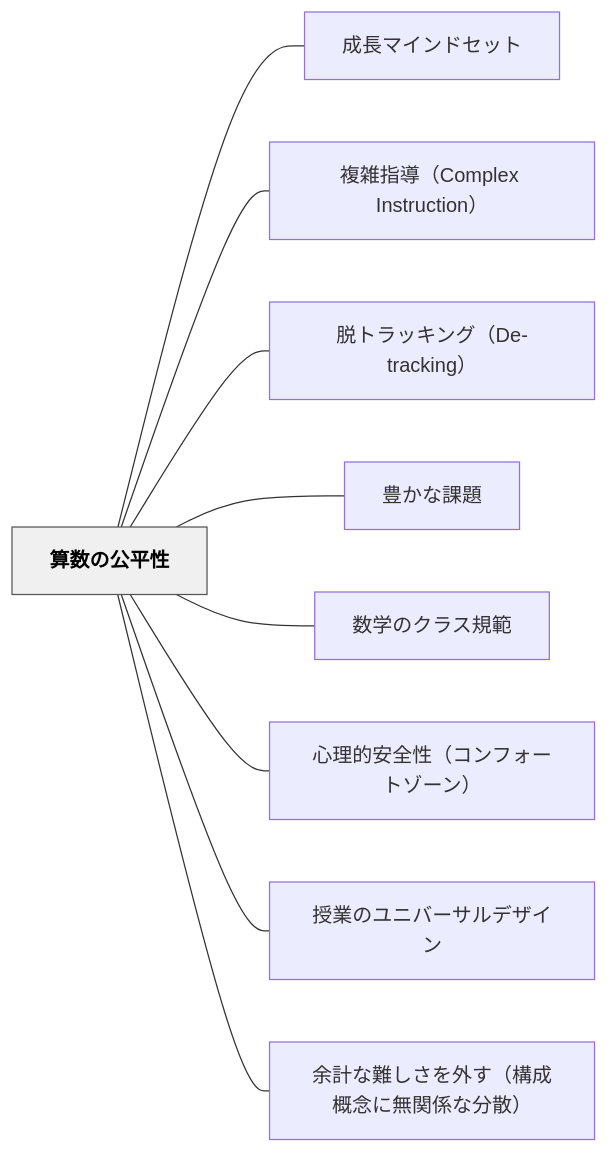
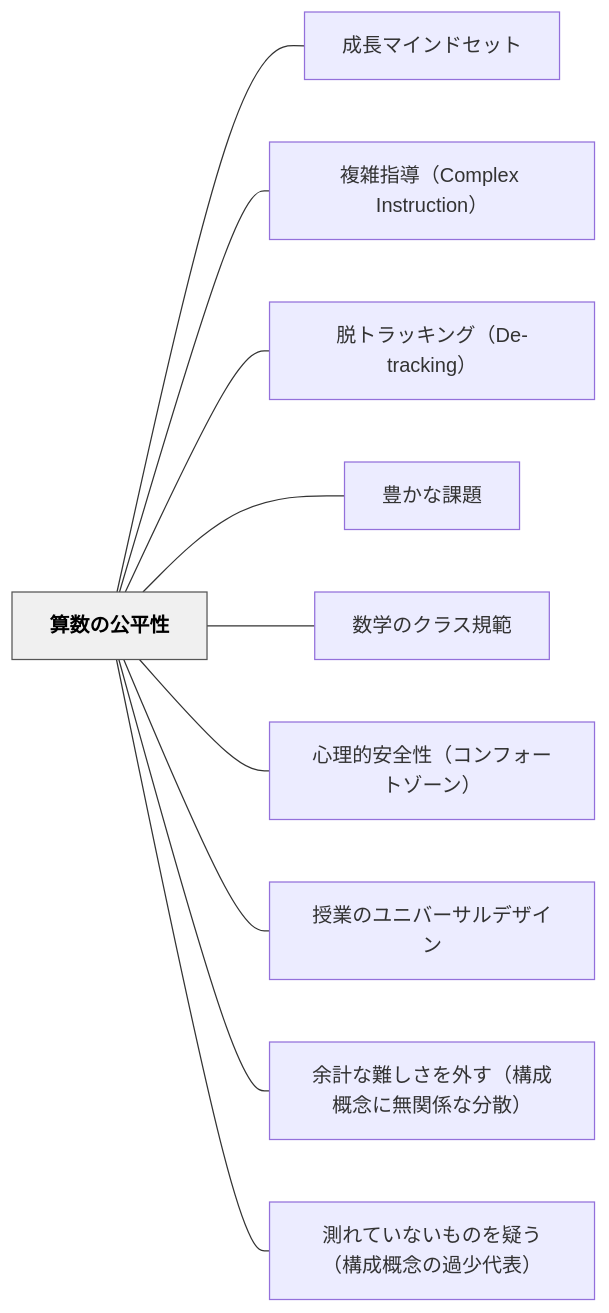
Before and after one commit to unknownthings-ed-patterns/unknownthings-ed-patterns: the diagram in content/パタン/算数の公平性.md, drawn with Mermaid. The commit also changed other lines of this file and 22 other files, not shown here.

````diff
--- a/content/パタン/算数の公平性.md
+++ b/content/パタン/算数の公平性.md
@@ -110,24 +111,26 @@
 ```mermaid
 flowchart LR
     ne7ae97e695b0e381aee585ace5b9b3e680a7["算数の公平性"]
     ne68890e995b7e3839ee382a4e383b3e38389e382bbe38383e38388["成長マインドセット"]
     ne8a487e99b91e68c87e5b08eefbc88436f6d706c657820496e737472756374696f6eefbc89["複雑指導（Complex Instruction）"]
     ne884b1e38388e383a9e38383e382ade383b3e382b0efbc8844652d747261636b696e67efbc89["脱トラッキング（De-tracking）"]
     ne8b18ae3818be381aae8aab2e9a18c["豊かな課題"]
     ne695b0e5ada6e381aee382afe383a9e382b9e8a68fe7af84["数学のクラス規範"]
     ne5bf83e79086e79a84e5ae89e585a8e680a7efbc88e382b3e383b3e38395e382a9e383bce38388e382bee383bce383b3efbc89["心理的安全性（コンフォートゾーン）"]
     ne68e88e6a5ade381aee383a6e3838be38390e383bce382b5e383abe38387e382b6e382a4e383b3["授業のユニバーサルデザイン"]
     ne4bd99e8a888e381aae99ba3e38197e38195e38292e5a496e38199efbc88e6a78be68890e6a682e5bfb5e381abe784a1e996a2e4bf82e381aae58886e695a3efbc89["余計な難しさを外す（構成概念に無関係な分散）"]
+    ne6b8ace3828ce381a6e38184e381aae38184e38282e381aee38292e79691e38186efbc88e6a78be68890e6a682e5bfb5e381aee9818ee5b091e4bba3e8a1a8efbc89["測れていないものを疑う（構成概念の過少代表）"]
 
     ne7ae97e695b0e381aee585ace5b9b3e680a7 --- ne68890e995b7e3839ee382a4e383b3e38389e382bbe38383e38388
     ne7ae97e695b0e381aee585ace5b9b3e680a7 --- ne8a487e99b91e68c87e5b08eefbc88436f6d706c657820496e737472756374696f6eefbc89
     ne7ae97e695b0e381aee585ace5b9b3e680a7 --- ne884b1e38388e383a9e38383e382ade383b3e382b0efbc8844652d747261636b696e67efbc89
     ne7ae97e695b0e381aee585ace5b9b3e680a7 --- ne8b18ae3818be381aae8aab2e9a18c
     ne7ae97e695b0e381aee585ace5b9b3e680a7 --- ne695b0e5ada6e381aee382afe383a9e382b9e8a68fe7af84
     ne7ae97e695b0e381aee585ace5b9b3e680a7 --- ne5bf83e79086e79a84e5ae89e585a8e680a7efbc88e382b3e383b3e38395e382a9e383bce38388e382bee383bce383b3efbc89
     ne7ae97e695b0e381aee585ace5b9b3e680a7 --- ne68e88e6a5ade381aee383a6e3838be38390e383bce382b5e383abe38387e382b6e382a4e383b3
     ne7ae97e695b0e381aee585ace5b9b3e680a7 --- ne4bd99e8a888e381aae99ba3e38197e38195e38292e5a496e38199efbc88e6a78be68890e6a682e5bfb5e381abe784a1e996a2e4bf82e381aae58886e695a3efbc89
+    ne7ae97e695b0e381aee585ace5b9b3e680a7 --- ne6b8ace3828ce381a6e38184e381aae38184e38282e381aee38292e79691e38186efbc88e6a78be68890e6a682e5bfb5e381aee9818ee5b091e4bba3e8a1a8efbc89
 
     classDef hub fill:#f0f0f0,stroke:#555,color:#000,font-weight:bold
     class ne7ae97e695b0e381aee585ace5b9b3e680a7 hub
 ```
````
